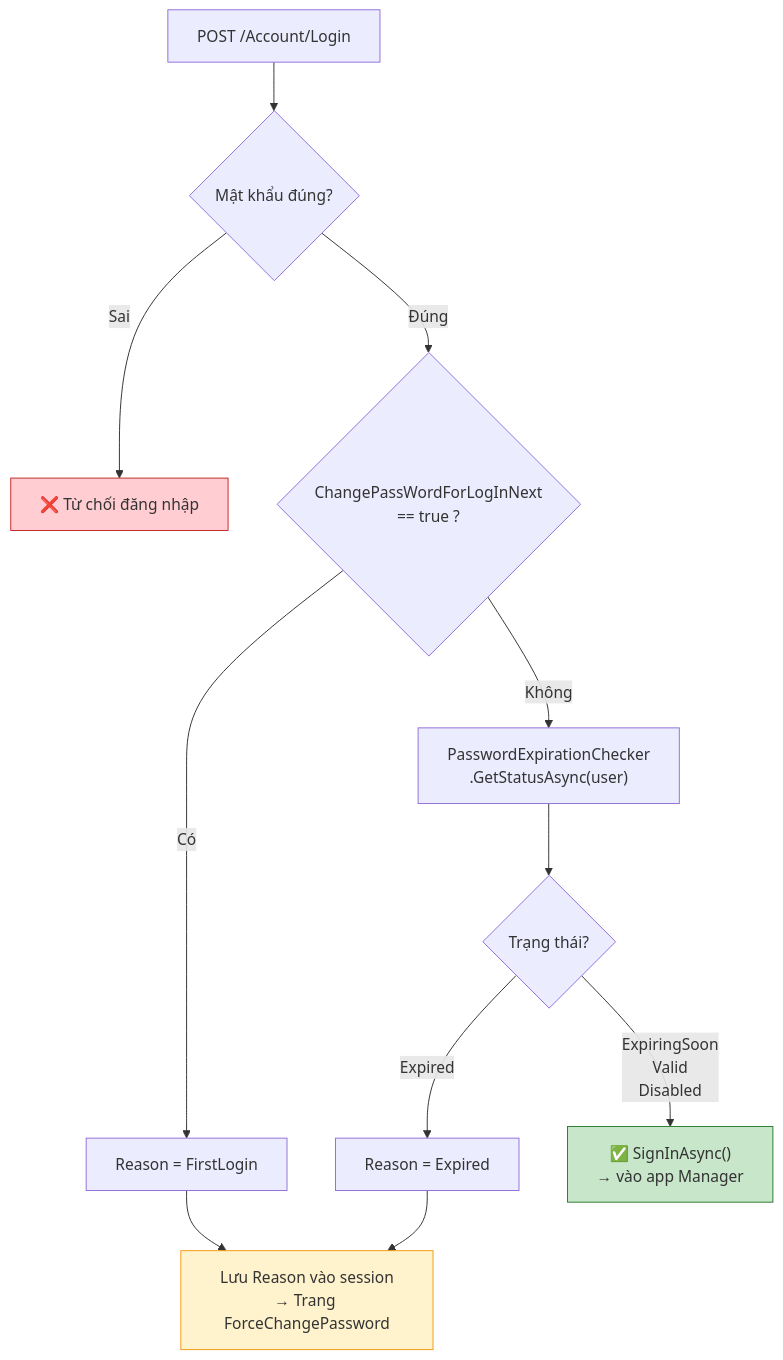
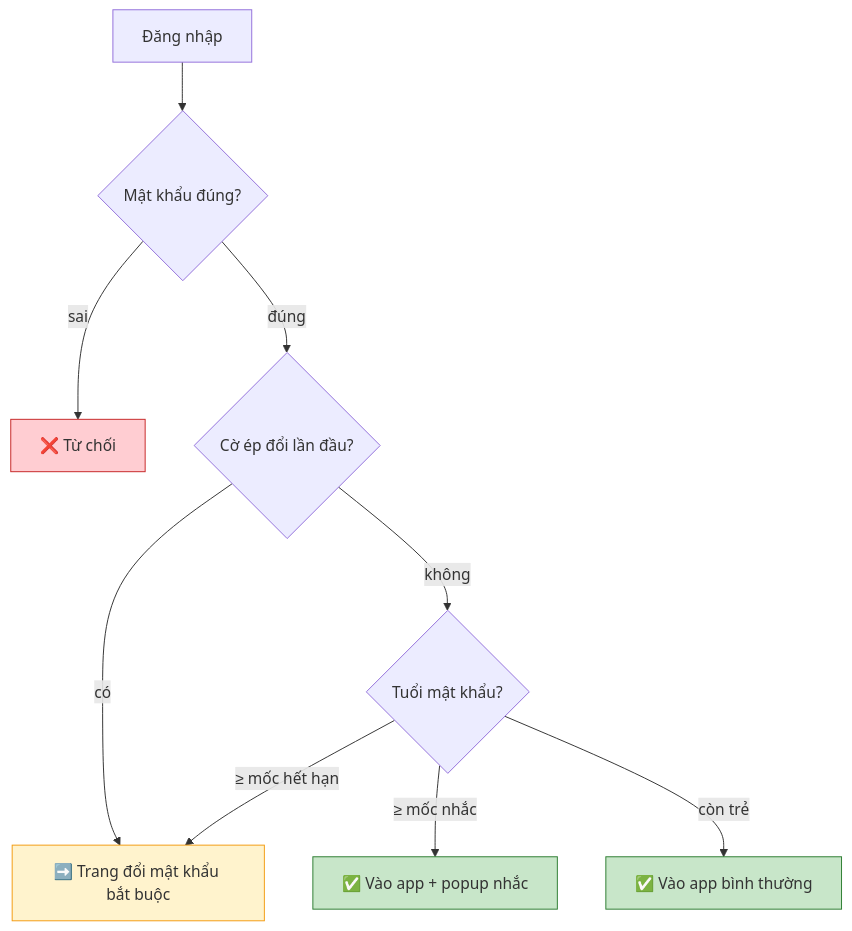
Before and after one commit to giangvanhung/mkdocs-antoanbaomat-ekmapserver: the second of 3 diagrams in docs/password-expiration-feature.md, drawn with Mermaid. The commit also changed other lines of this file and 6 other files, not shown here.

````diff
--- a/docs/password-expiration-feature.md
+++ b/docs/password-expiration-feature.md
@@ -349,21 +18,16 @@
 ```mermaid
 flowchart TD
-    A["POST /Account/Login"] --> B{"Mật khẩu đúng?"}
-    B -->|"Sai"| B1["❌ Từ chối đăng nhập"]
-
-    B -->|"Đúng"| C{"ChangePassWordForLogInNext<br/>== true ?"}
-    C -->|"Có"| C1["Reason = FirstLogin"]
-
-    C -->|"Không"| D["PasswordExpirationChecker<br/>.GetStatusAsync(user)"]
-    D --> E{"Trạng thái?"}
-
-    E -->|"Expired"| E1["Reason = Expired"]
-    E -->|"ExpiringSoon<br/>Valid<br/>Disabled"| F["✅ SignInAsync()<br/>→ vào app Manager"]
-
-    C1 --> G["Lưu Reason vào session<br/>→ Trang ForceChangePassword"]
-    E1 --> G
+    A["Đăng nhập"] --> B{"Mật khẩu đúng?"}
+    B -->|"sai"| B1["❌ Từ chối"]
+    B -->|"đúng"| C{"Cờ ép đổi lần đầu?"}
+    C -->|"có"| G["➡️ Trang đổi mật khẩu bắt buộc"]
+    C -->|"không"| D{"Tuổi mật khẩu?"}
+    D -->|"≥ mốc hết hạn"| G
+    D -->|"≥ mốc nhắc"| F["✅ Vào app + popup nhắc"]
+    D -->|"còn trẻ"| F2["✅ Vào app bình thường"]
 
     style B1 fill:#ffcdd2,stroke:#c62828
+    style G fill:#fff3cd,stroke:#f39c12
     style F fill:#c8e6c9,stroke:#2e7d32
-    style G fill:#fff3cd,stroke:#f39c12
+    style F2 fill:#c8e6c9,stroke:#2e7d32
 ```
````
